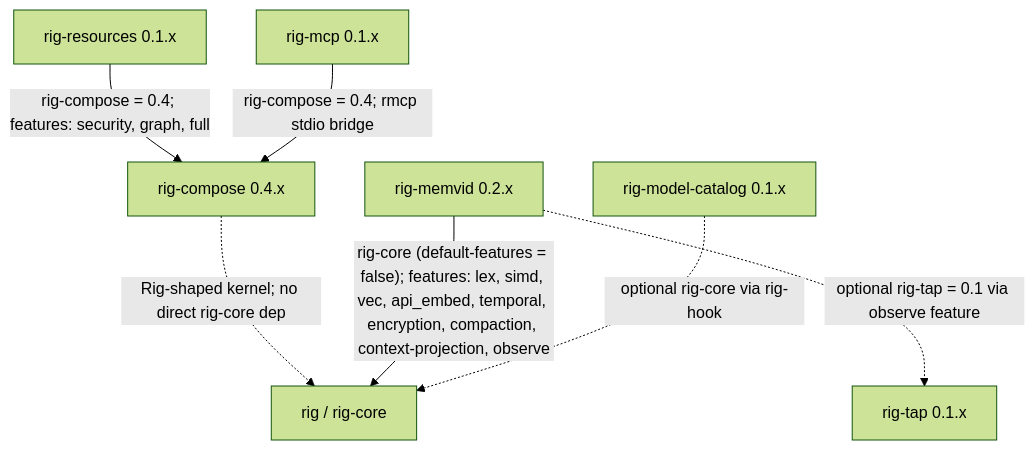
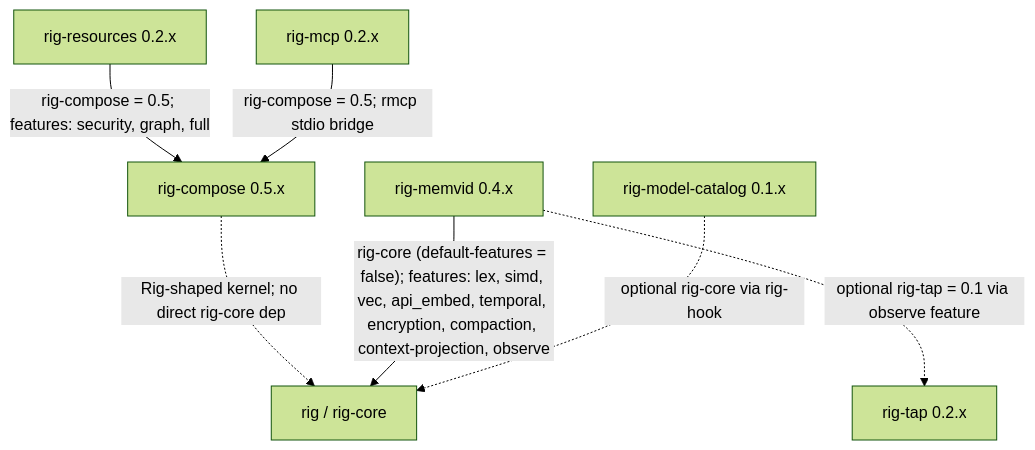
Before and after one commit to ForeverAngry/rig-memvid: the diagram in README.md, drawn with Mermaid (forest theme). The commit also changed other lines of this file and 2 other files, not shown here.

Commit message:
feat: migrate to rig-compose 0.5 context primitives APIs

````diff
--- a/README.md
+++ b/README.md
@@ -332,17 +332,17 @@
 ```mermaid
 flowchart TD
     rig["rig / rig-core"]
-    compose["rig-compose 0.4.x"]
-    resources["rig-resources 0.1.x"]
-    mcp["rig-mcp 0.1.x"]
-    memvid["rig-memvid 0.2.x"]
+    compose["rig-compose 0.5.x"]
+    resources["rig-resources 0.2.x"]
+    mcp["rig-mcp 0.2.x"]
+    memvid["rig-memvid 0.4.x"]
     model_meta["rig-model-catalog 0.1.x"]
-    observe["rig-tap 0.1.x"]
+    observe["rig-tap 0.2.x"]
 
     compose -. "Rig-shaped kernel; no direct rig-core dep" .-> rig
-    resources -- "rig-compose = 0.4; features: security, graph, full" --> compose
-    mcp -- "rig-compose = 0.4; rmcp stdio bridge" --> compose
+    resources -- "rig-compose = 0.5; features: security, graph, full" --> compose
+    mcp -- "rig-compose = 0.5; rmcp stdio bridge" --> compose
     memvid -- "rig-core (default-features = false); features: lex, simd, vec, api_embed, temporal, encryption, compaction, context-projection, observe" --> rig
     memvid -. "optional rig-tap = 0.1 via observe feature" .-> observe
     model_meta -. "optional rig-core via rig-hook" .-> rig
 ```
````
